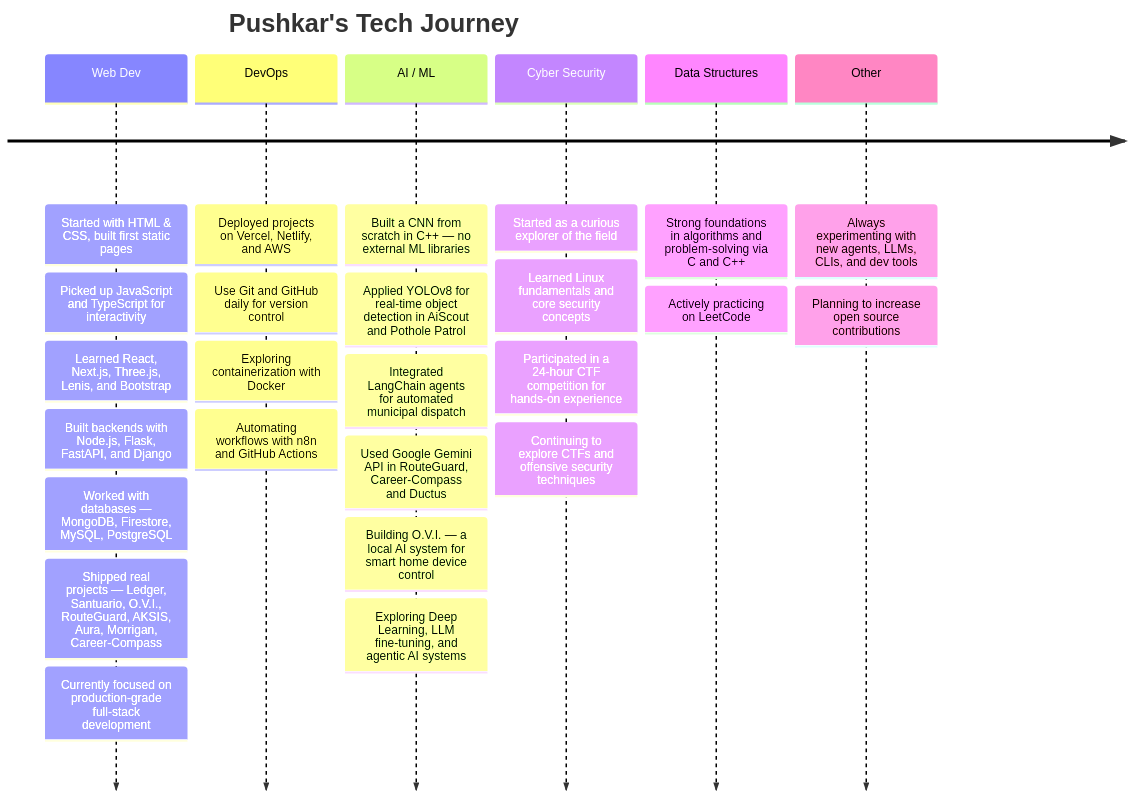
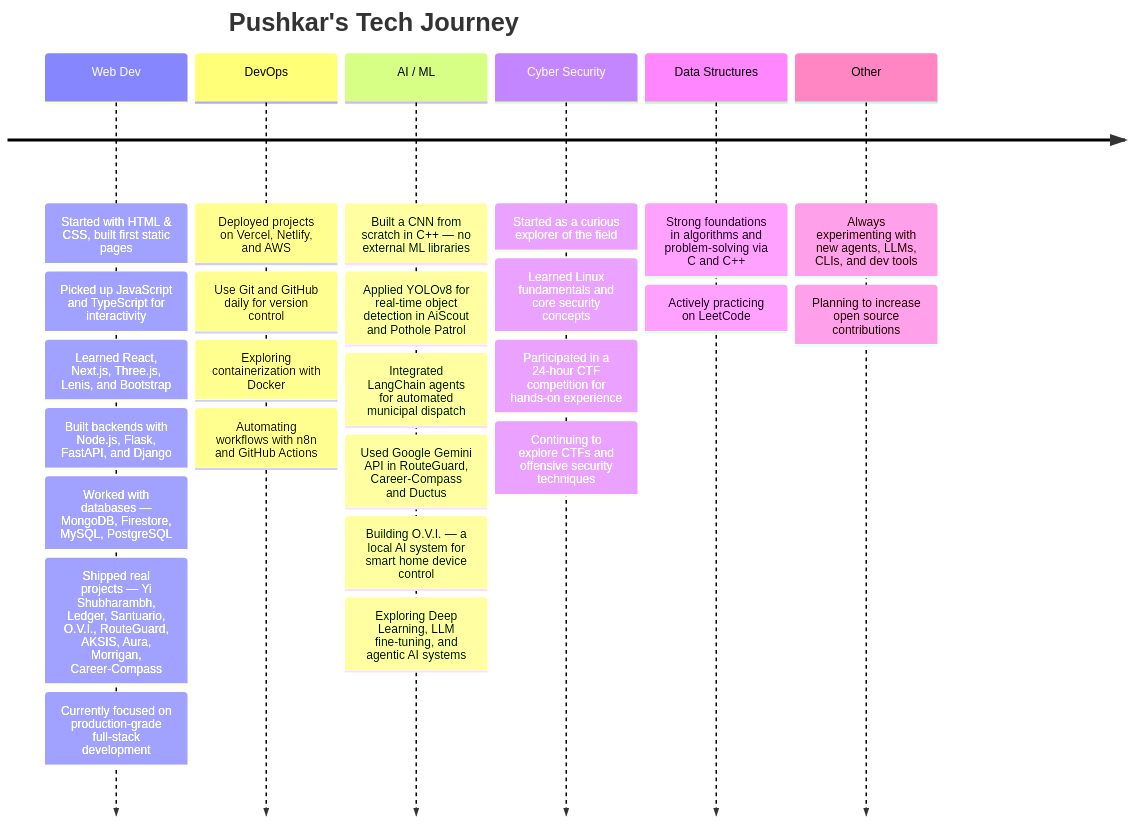
Before and after one commit to pushkar156/pushkar156: the diagram in README.md, drawn with Mermaid. The commit also changed other lines of this file, not shown here.

Commit message:
docs: add Yi Shubharambh project to README grid and timeline

````diff
--- a/README.md
+++ b/README.md
@@ -283,35 +293,35 @@
 ```mermaid
 timeline
     title Pushkar's Tech Journey
     Web Dev
         : Started with HTML & CSS, built first static pages
         : Picked up JavaScript and TypeScript for interactivity
         : Learned React, Next.js, Three.js, Lenis, and Bootstrap
         : Built backends with Node.js, Flask, FastAPI, and Django
         : Worked with databases — MongoDB, Firestore, MySQL, PostgreSQL
-        : Shipped real projects — Ledger, Santuario, O.V.I., RouteGuard, AKSIS, Aura, Morrigan, Career-Compass
+        : Shipped real projects — Yi Shubharambh, Ledger, Santuario, O.V.I., RouteGuard, AKSIS, Aura, Morrigan, Career-Compass
         : Currently focused on production-grade full-stack development
     DevOps
         : Deployed projects on Vercel, Netlify, and AWS
         : Use Git and GitHub daily for version control
         : Exploring containerization with Docker
         : Automating workflows with n8n and GitHub Actions
     AI / ML
         : Built a CNN from scratch in C++ — no external ML libraries
         : Applied YOLOv8 for real-time object detection in AiScout and Pothole Patrol
         : Integrated LangChain agents for automated municipal dispatch
         : Used Google Gemini API in RouteGuard, Career-Compass and Ductus
         : Building O.V.I. — a local AI system for smart home device control
         : Exploring Deep Learning, LLM fine-tuning, and agentic AI systems
     Cyber Security
         : Started as a curious explorer of the field
         : Learned Linux fundamentals and core security concepts
         : Participated in a 24-hour CTF competition for hands-on experience
         : Continuing to explore CTFs and offensive security techniques
     Data Structures
         : Strong foundations in algorithms and problem-solving via C and C++
         : Actively practicing on LeetCode
     Other
         : Always experimenting with new agents, LLMs, CLIs, and dev tools
         : Planning to increase open source contributions
 ```
````
